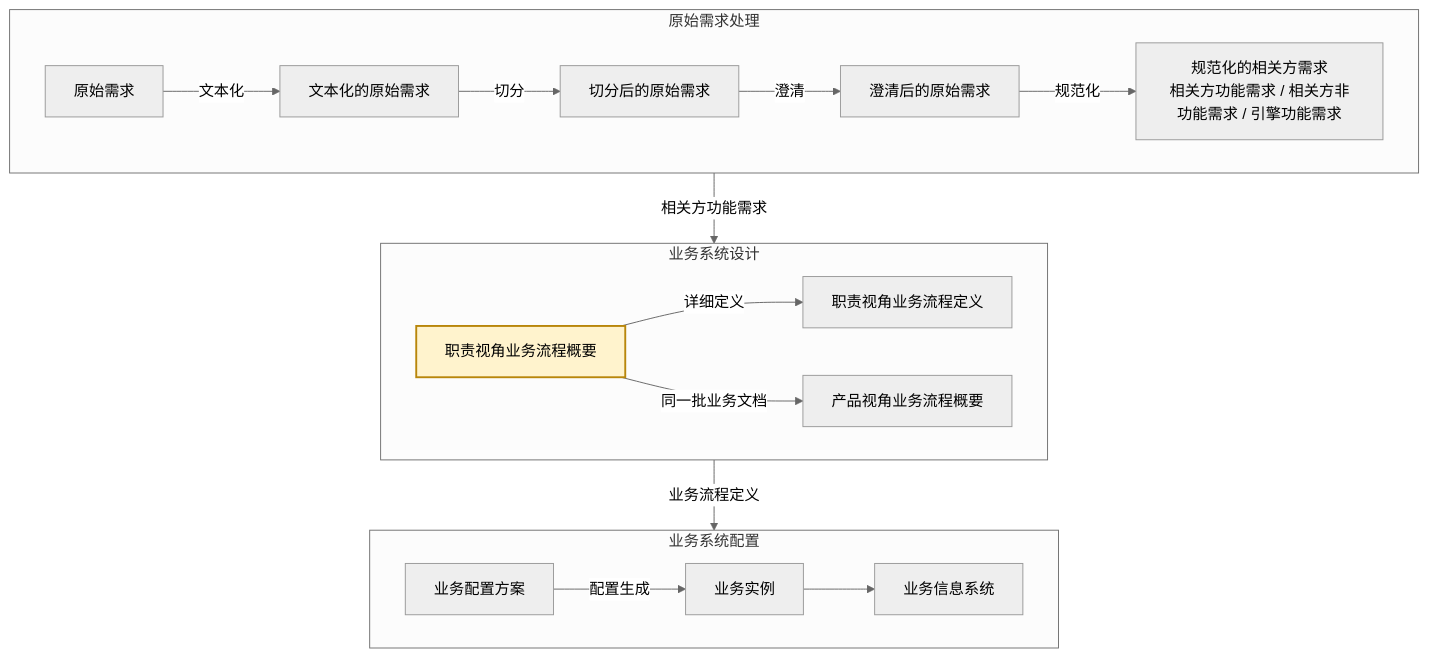
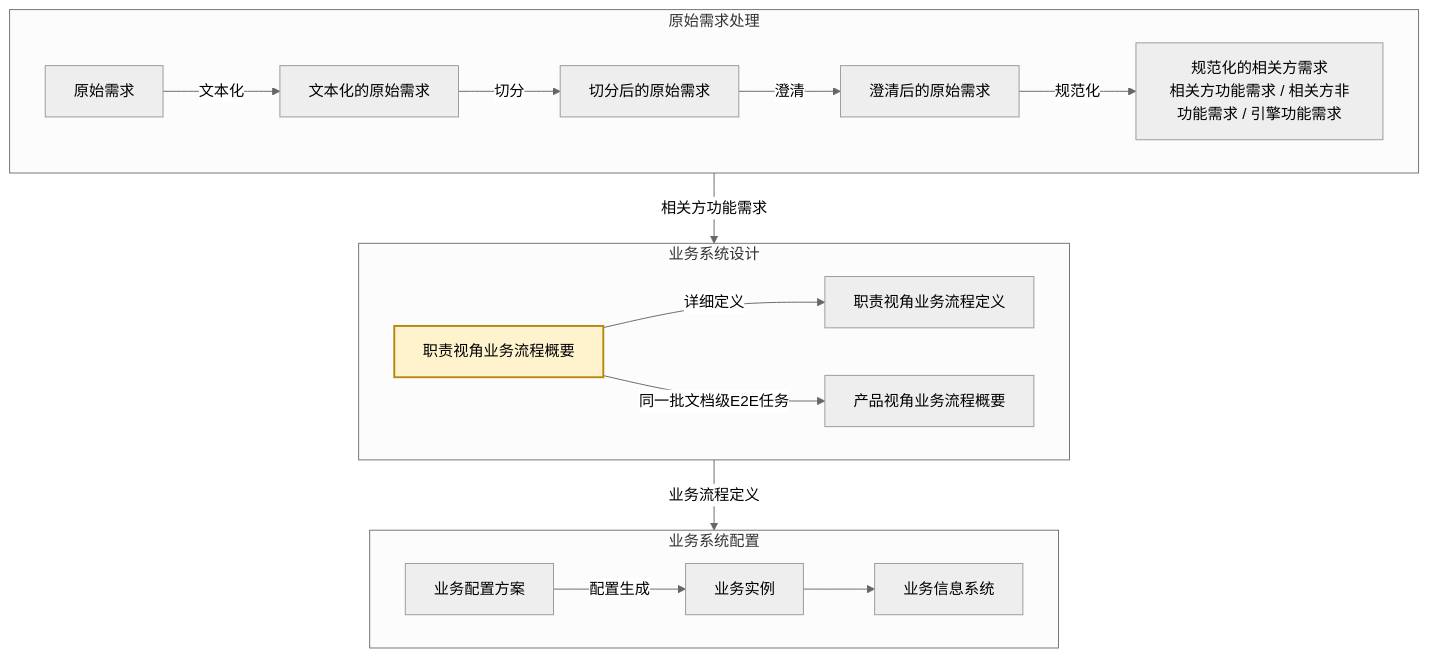
One commit to Yongjunzhou/AOS-system-design changed the diagram in 20-pl4eos/10-pl4eos-subpl-sysdev/10-wfsysdev-4-eos/eos-biz01abr-stfr2rbpl.md. Above: the diagram before and after it, drawn with Mermaid (neutral theme). The commit also changed other lines of this file and 3 other files, not shown here.

````diff
--- a/20-pl4eos/10-pl4eos-subpl-sysdev/10-wfsysdev-4-eos/eos-biz01abr-stfr2rbpl.md
+++ b/20-pl4eos/10-pl4eos-subpl-sysdev/10-wfsysdev-4-eos/eos-biz01abr-stfr2rbpl.md
@@ -30,25 +30,25 @@
 ```mermaid
 flowchart TD
     subgraph S1["原始需求处理"]
         direction LR
         r0["原始需求"] -->|文本化| r1["文本化的原始需求"]
         r1 -->|切分| r2["切分后的原始需求"]
         r2 -->|澄清| r3["澄清后的原始需求"]
         r3 -->|规范化| r4["规范化的相关方需求<br/>相关方功能需求 / 相关方非功能需求 / 引擎功能需求"]
     end
     subgraph S2["业务系统设计"]
         direction LR
         b1["职责视角业务流程概要"] -->|详细定义| b3["职责视角业务流程定义"]
         b2["产品视角业务流程概要"]
     end
     subgraph S3["业务系统配置"]
         direction LR
         c1["业务配置方案"] -->|配置生成| c2["业务实例"]
         c2 --> c3["业务信息系统"]
     end
     r4 -->|相关方功能需求| b1
-    b1 -->|同一批业务文档| b2
+    b1 -->|同一批文档级E2E任务| b2
     b3 -->|业务流程定义| c1
     classDef here fill:#fff3cd,stroke:#b8860b,stroke-width:2px
     class b1 here
 ```
````
